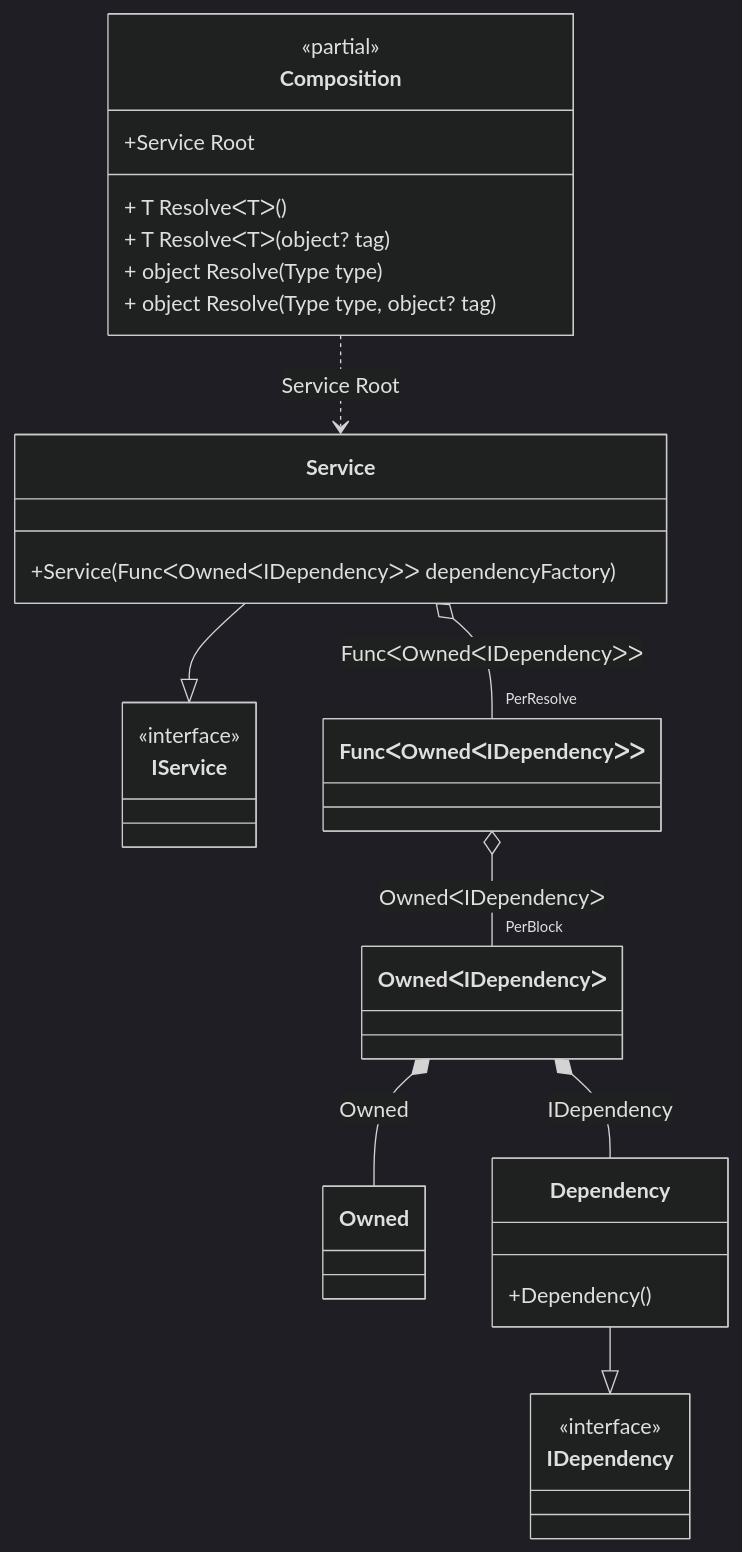
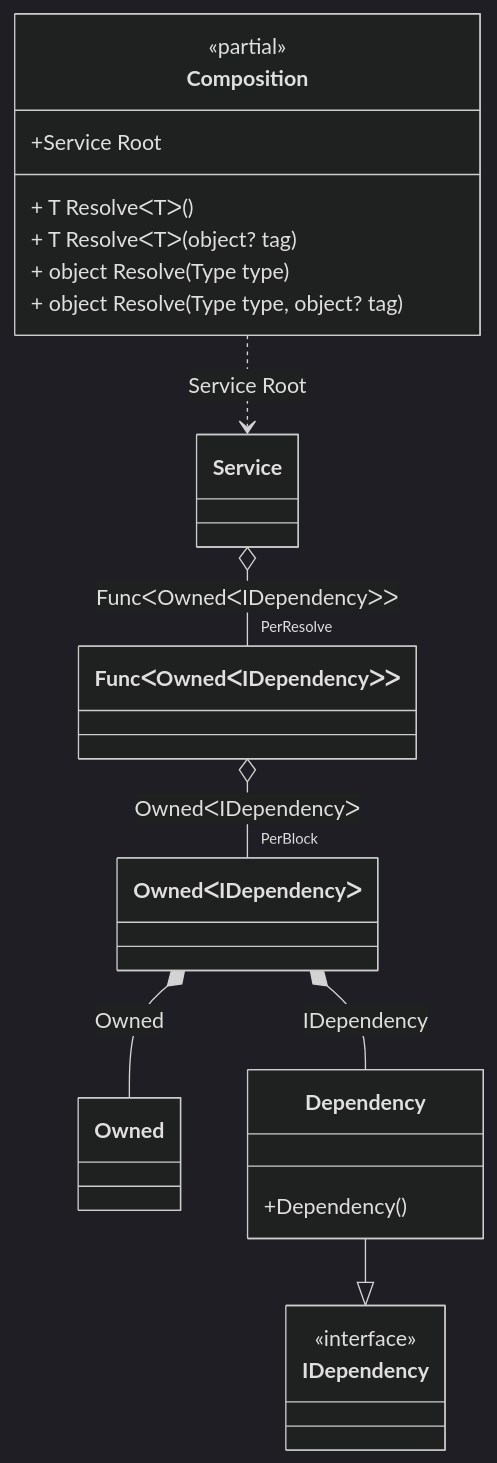
The diagram in readme/tracking-disposable-instances-in-delegates.md (DevTeam/Pure.DI), drawn with Mermaid (dark theme) before and after one commit. The commit also changed 90 other files, not shown here.

````diff
--- a/readme/tracking-disposable-instances-in-delegates.md
+++ b/readme/tracking-disposable-instances-in-delegates.md
@@ -250,33 +250,26 @@
 ```mermaid
 classDiagram
 	class Composition {
 		<<partial>>
 		+Service Root
 		+ T ResolveᐸTᐳ()
 		+ T ResolveᐸTᐳ(object? tag)
 		+ object Resolve(Type type)
 		+ object Resolve(Type type, object? tag)
 	}
 	class Owned
 	Dependency --|> IDependency
 	class Dependency {
 		+Dependency()
 	}
-	Service --|> IService
-	class Service {
-		+Service(FuncᐸOwnedᐸIDependencyᐳᐳ dependencyFactory)
-	}
 	class FuncᐸOwnedᐸIDependencyᐳᐳ
 	class OwnedᐸIDependencyᐳ
 	class IDependency {
 		<<interface>>
 	}
-	class IService {
-		<<interface>>
-	}
+	Composition ..> Service : Service Root
 	Service o-- "PerResolve" FuncᐸOwnedᐸIDependencyᐳᐳ : FuncᐸOwnedᐸIDependencyᐳᐳ
-	Composition ..> Service : Service Root
 	FuncᐸOwnedᐸIDependencyᐳᐳ o-- "PerBlock" OwnedᐸIDependencyᐳ : OwnedᐸIDependencyᐳ
 	OwnedᐸIDependencyᐳ *--  Owned : Owned
 	OwnedᐸIDependencyᐳ *--  Dependency : IDependency
 ```
````
